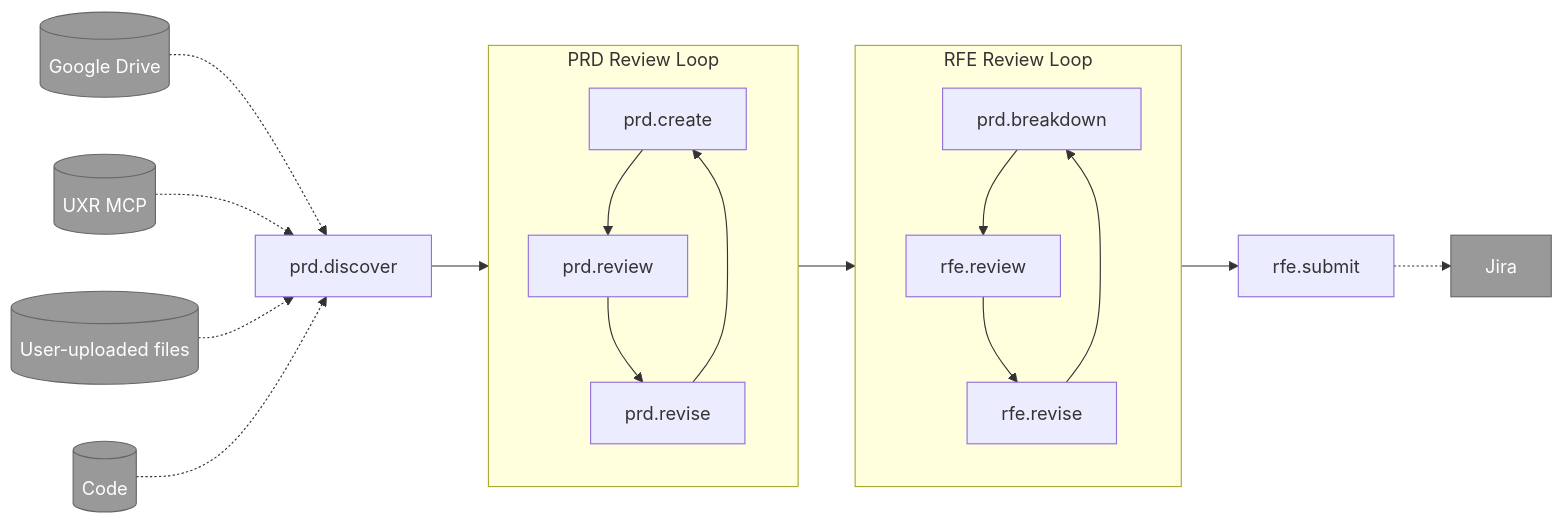
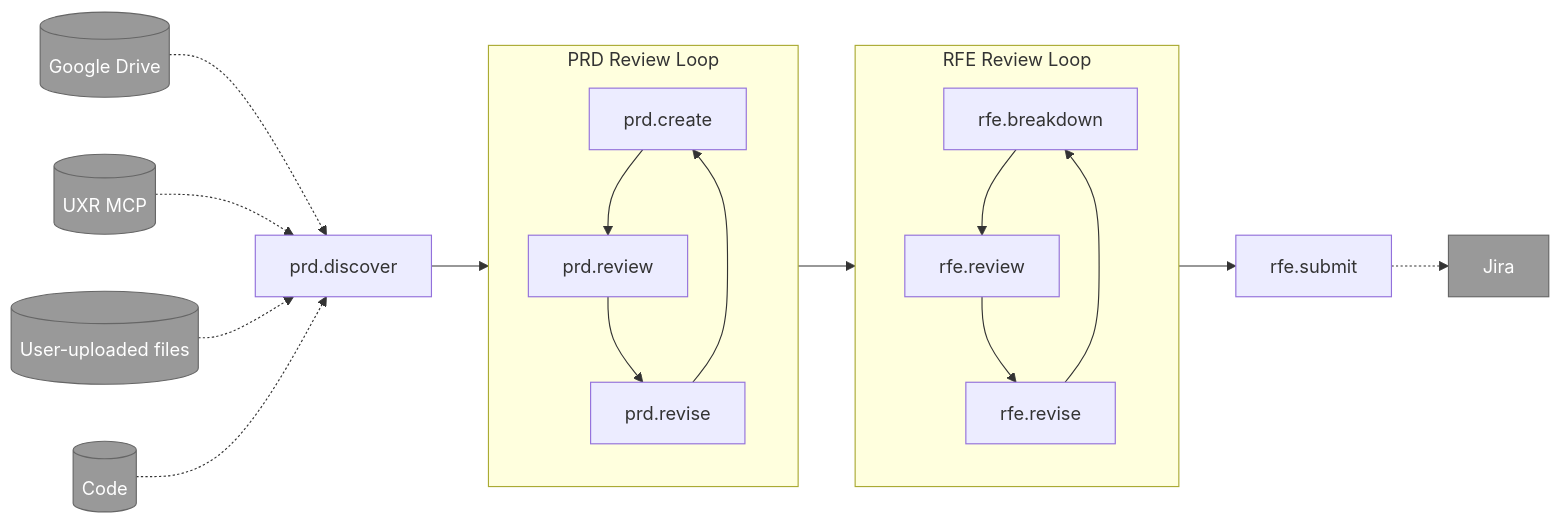
Before and after one commit to jeremyeder/workflows: the diagram in workflows/prd-rfe-workflow/README.md, drawn with Mermaid. The commit also changed other lines of this file and 1 other file, not shown here.

Commit message:
update diagram

````diff
--- a/workflows/prd-rfe-workflow/README.md
+++ b/workflows/prd-rfe-workflow/README.md
@@ -7,31 +11,31 @@
 ```mermaid
 flowchart LR
     GD[(Google Drive)] -.-> A
     UXR[(UXR MCP)] -.-> A
     UF[(User-uploaded files)] -.-> A
     CODE[(Code)] -.-> A
     
     A[prd.discover] --> review_loop
     
     subgraph review_loop["PRD Review Loop"]
         B[prd.create] --> C[prd.review]
         C --> D[prd.revise]
         D --> B
     end
     
     subgraph rfe_loop["RFE Review Loop"]
-        E[prd.breakdown] --> F[rfe.review]
+        E[rfe.breakdown] --> F[rfe.review]
         F --> G[rfe.revise]
         G --> E
     end
     
     review_loop --> rfe_loop
     rfe_loop --> H[rfe.submit]
     H -.-> JIRA[Jira]
     
     style GD fill:#999,stroke:#666,color:#fff
     style UXR fill:#999,stroke:#666,color:#fff
     style UF fill:#999,stroke:#666,color:#fff
     style CODE fill:#999,stroke:#666,color:#fff
     style JIRA fill:#999,stroke:#666,color:#fff
 ```
````
